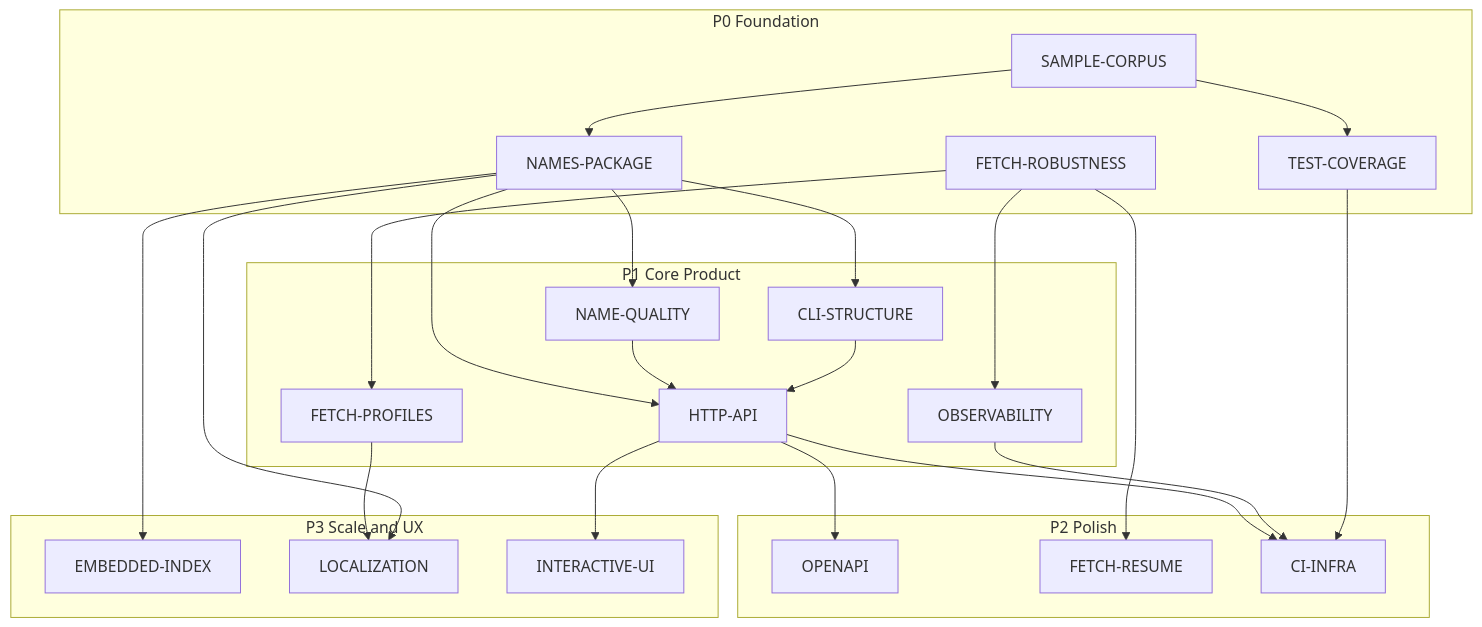
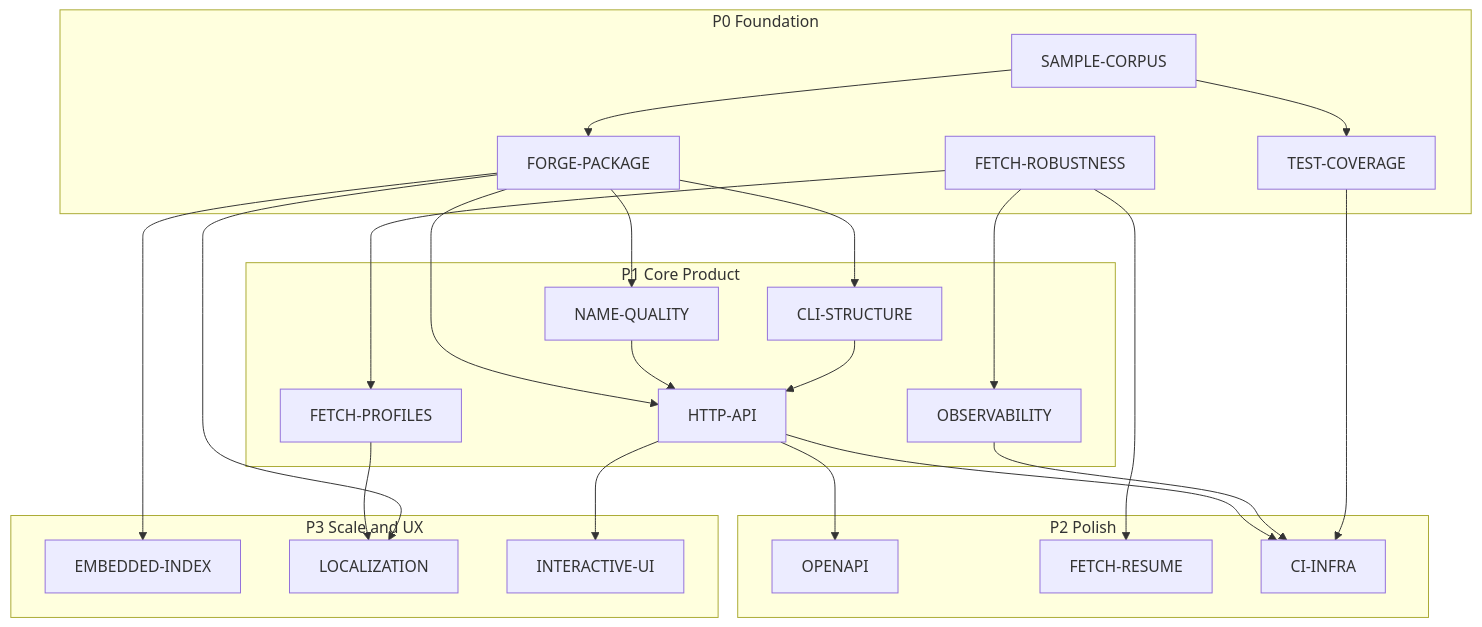
One commit to ridespirals/vargames-name-gen changed the diagram in planning/README.md. Above: the diagram before and after it, drawn with Mermaid. The commit also changed other lines of this file and 14 other files, not shown here.

First line of the commit message:
Rebrand package from "Names" to "Forge"

````diff
--- a/planning/README.md
+++ b/planning/README.md
@@ -33,48 +33,48 @@
 ```mermaid
 flowchart TB
   subgraph p0 [P0 Foundation]
     FR[FETCH-ROBUSTNESS]
-    NP[NAMES-PACKAGE]
+    FG[FORGE-PACKAGE]
     SC[SAMPLE-CORPUS]
     TC[TEST-COVERAGE]
   end
 
   subgraph p1 [P1 Core Product]
     FP[FETCH-PROFILES]
     NQ[NAME-QUALITY]
     CLI[CLI-STRUCTURE]
     OBS[OBSERVABILITY]
     API[HTTP-API]
   end
 
   subgraph p2 [P2 Polish]
     OAPI[OPENAPI]
     FRES[FETCH-RESUME]
     CI[CI-INFRA]
   end
 
   subgraph p3 [P3 Scale and UX]
     SQL[EMBEDDED-INDEX]
     LOC[LOCALIZATION]
     UI[INTERACTIVE-UI]
   end
 
   FR --> FP
   FR --> FRES
   FR --> OBS
-  NP --> NQ
-  NP --> CLI
-  SC --> NP
+  FG --> NQ
+  FG --> CLI
+  SC --> FG
   SC --> TC
-  NP --> API
+  FG --> API
   NQ --> API
   API --> OAPI
   API --> UI
   API --> CI
   FP --> LOC
-  NP --> LOC
-  NP --> SQL
+  FG --> LOC
+  FG --> SQL
   CLI --> API
   OBS --> CI
   TC --> CI
 ```
````
